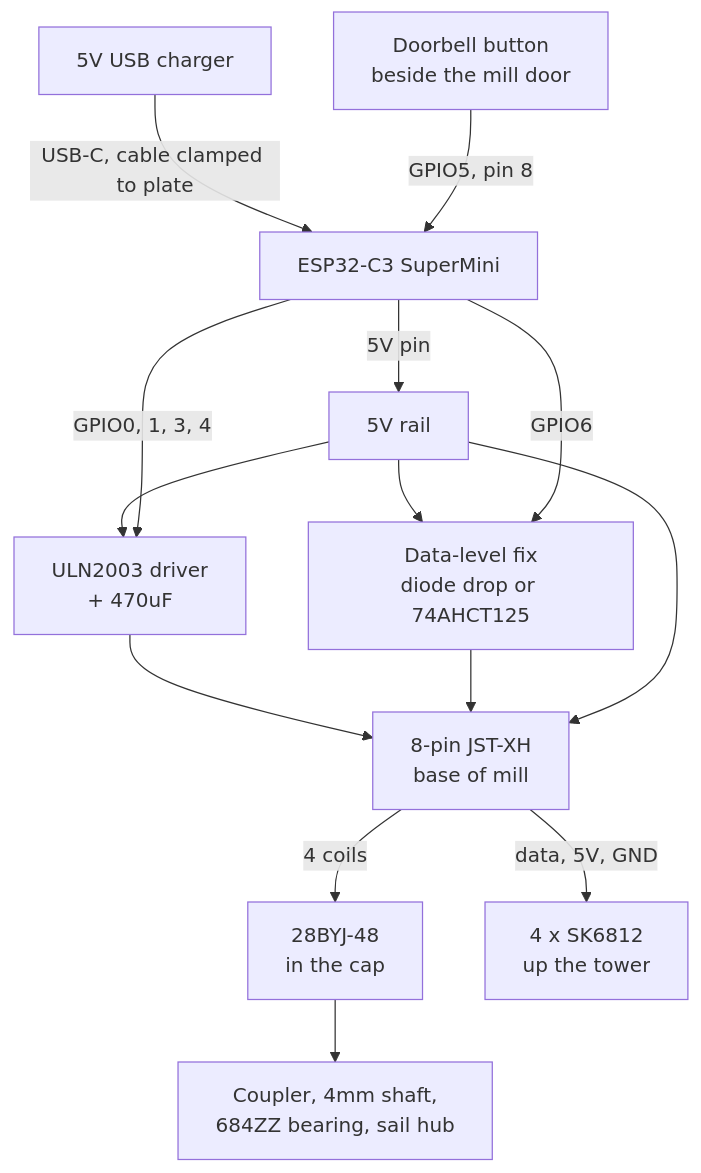
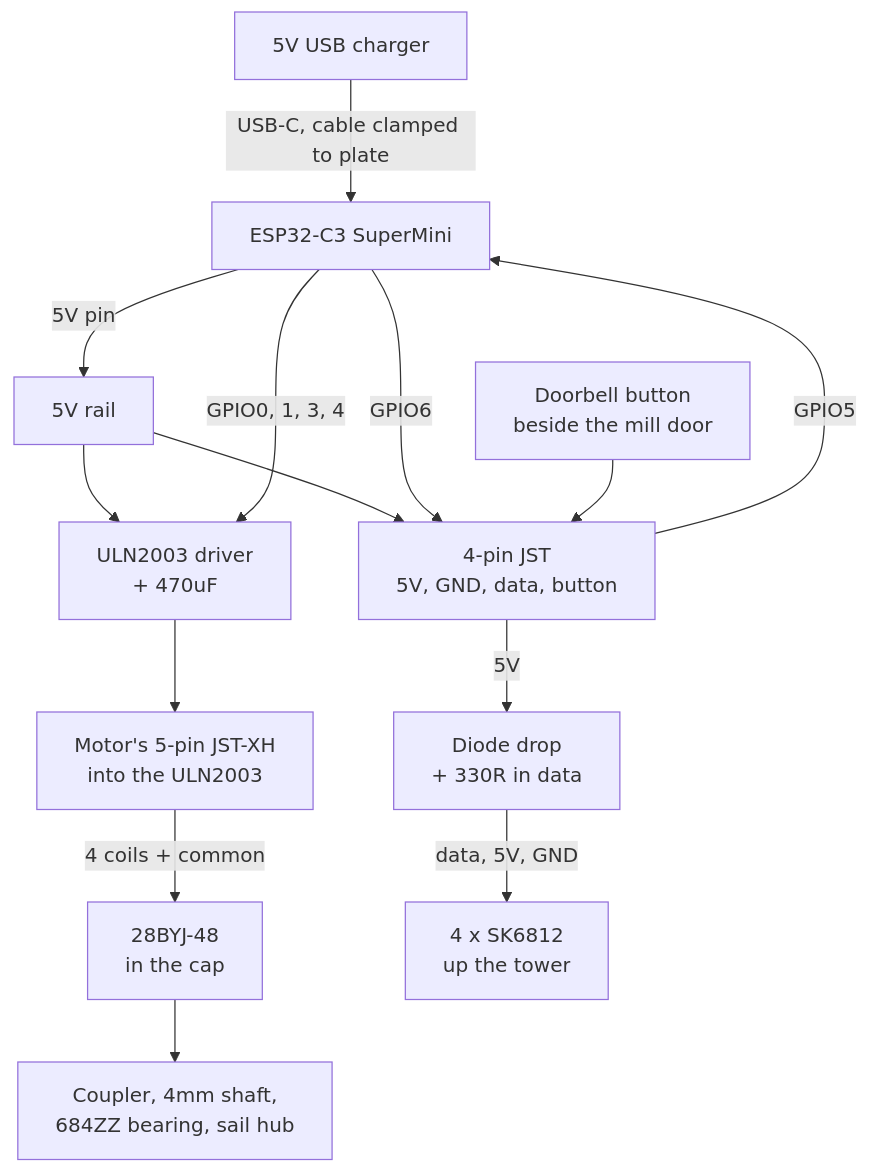
The diagram in spec.md (pturner1989/esp-windmill), drawn with Mermaid before and after one commit. The commit also changed other lines of this file and 1 other file, not shown here.

First line of the commit message:
docs(spec): split the mill boundary into two connectors

````diff
--- a/spec.md
+++ b/spec.md
@@ -236,21 +236,20 @@
 ```mermaid
 flowchart TD
   PSU[5V USB charger] -->|USB-C, cable clamped to plate| ESP[ESP32-C3 SuperMini]
 
   ESP -->|5V pin| RAIL[5V rail]
   RAIL --> ULN[ULN2003 driver<br/>+ 470uF]
-  RAIL --> SHIFT[Data-level fix<br/>diode drop or 74AHCT125]
+  RAIL --> J4[4-pin JST<br/>5V, GND, data, button]
 
   ESP -->|GPIO0, 1, 3, 4| ULN
-  ESP -->|GPIO6| SHIFT
-  BTN[Doorbell button<br/>beside the mill door] -->|GPIO5, pin 8| ESP
+  ESP -->|GPIO6| J4
+  J4 -->|GPIO5| ESP
 
-  ULN --> J7
-  SHIFT --> J7
-  RAIL --> J7[8-pin JST-XH<br/>base of mill]
-
-  J7 -->|4 coils| MOT[28BYJ-48<br/>in the cap]
-  J7 -->|data, 5V, GND| PIX[4 x SK6812<br/>up the tower]
+  ULN --> J5[Motor's 5-pin JST-XH<br/>into the ULN2003]
+  J5 -->|4 coils + common| MOT[28BYJ-48<br/>in the cap]
+  J4 -->|5V| SHIFT[Diode drop<br/>+ 330R in data]
+  SHIFT -->|data, 5V, GND| PIX[4 x SK6812<br/>up the tower]
+  BTN[Doorbell button<br/>beside the mill door] --> J4
 
   MOT --> SHAFT[Coupler, 4mm shaft,<br/>684ZZ bearing, sail hub]
 ```
````
